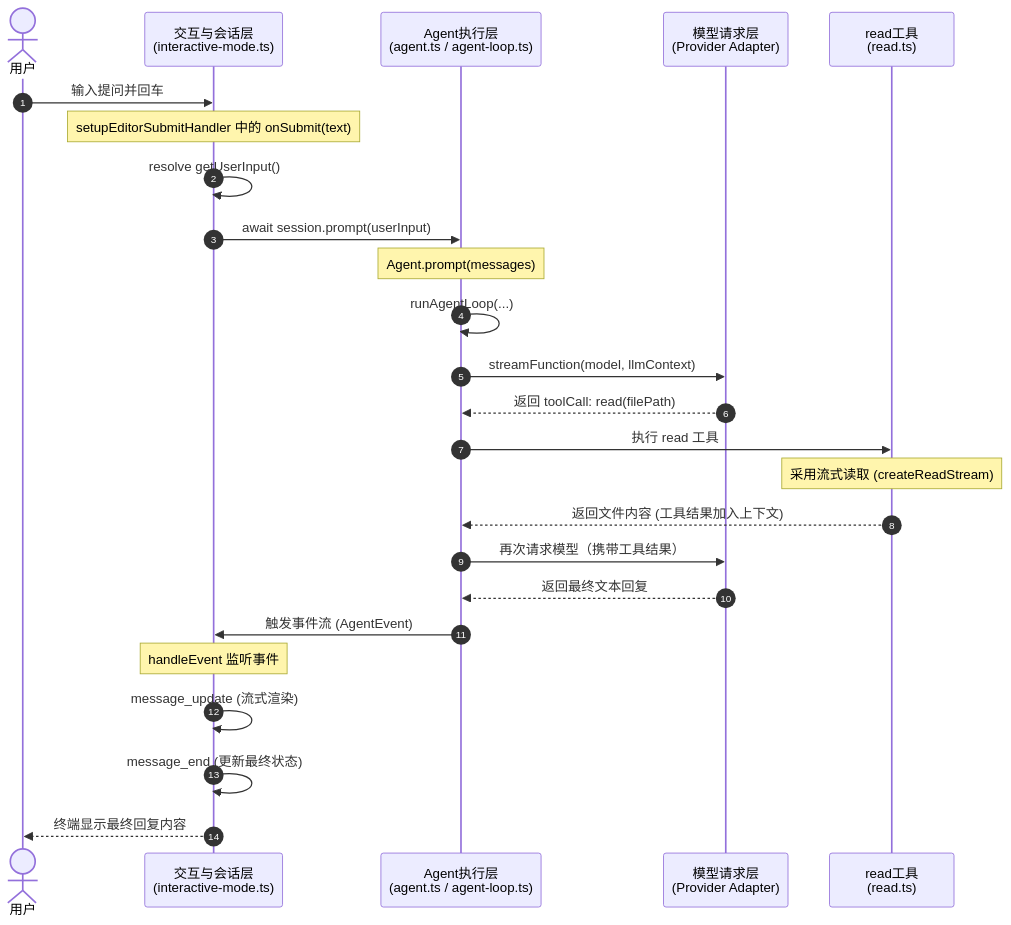
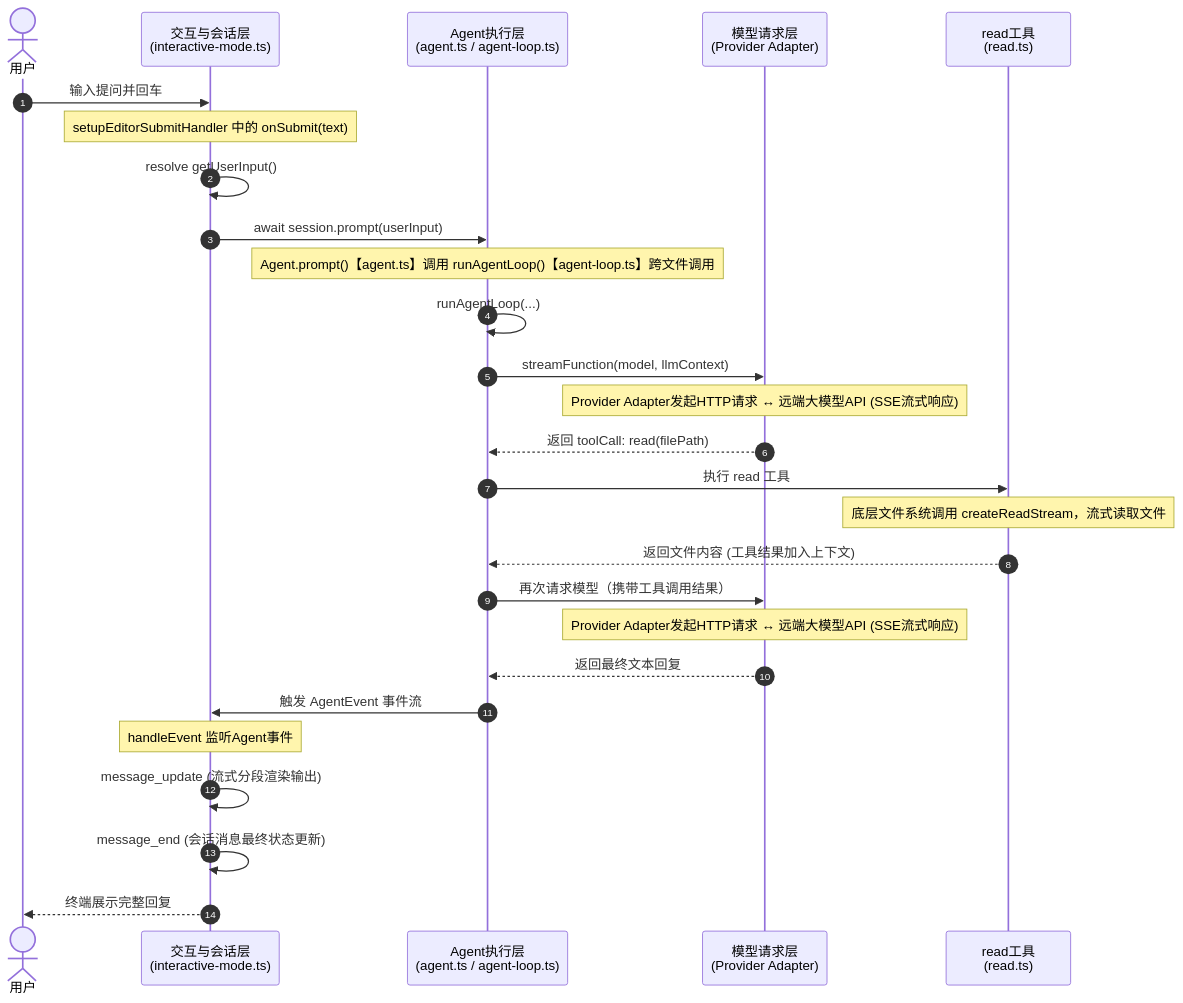
One commit to 7uuu-uuu/pi-agent-assignment changed the first of 2 diagrams in prictice-05/README.md. Above: the diagram before and after it, drawn with Mermaid. The commit also changed other lines of this file, not shown here.

````diff
--- a/prictice-05/README.md
+++ b/prictice-05/README.md
@@ -62,33 +62,35 @@
 ```mermaid
 sequenceDiagram
     autonumber
     actor User as 用户
     participant IM as 交互与会话层<br/>(interactive-mode.ts)
     participant Agent as Agent执行层<br/>(agent.ts / agent-loop.ts)
     participant Model as 模型请求层<br/>(Provider Adapter)
     participant ReadTool as read工具<br/>(read.ts)
 
     User->>IM: 输入提问并回车
     Note over IM: setupEditorSubmitHandler 中的 onSubmit(text)
     IM->>IM: resolve getUserInput()
     IM->>Agent: await session.prompt(userInput)
     
-    Note over Agent: Agent.prompt(messages)
+    Note over Agent: Agent.prompt()【agent.ts】调用 runAgentLoop()【agent-loop.ts】跨文件调用
     Agent->>Agent: runAgentLoop(...)
     
     Agent->>Model: streamFunction(model, llmContext)
+    Note over Model: Provider Adapter发起HTTP请求 ↔ 远端大模型API (SSE流式响应)
     Model-->>Agent: 返回 toolCall: read(filePath)
     
     Agent->>ReadTool: 执行 read 工具
-    Note over ReadTool: 采用流式读取 (createReadStream)
+    Note over ReadTool: 底层文件系统调用 createReadStream，流式读取文件
     ReadTool-->>Agent: 返回文件内容 (工具结果加入上下文)
     
-    Agent->>Model: 再次请求模型（携带工具结果）
+    Agent->>Model: 再次请求模型（携带工具调用结果）
+    Note over Model: Provider Adapter发起HTTP请求 ↔ 远端大模型API (SSE流式响应)
     Model-->>Agent: 返回最终文本回复
     
-    Agent->>IM: 触发事件流 (AgentEvent)
-    Note over IM: handleEvent 监听事件
-    IM->>IM: message_update (流式渲染)
-    IM->>IM: message_end (更新最终状态)
-    IM-->>User: 终端显示最终回复内容
+    Agent->>IM: 触发 AgentEvent 事件流
+    Note over IM: handleEvent 监听Agent事件
+    IM->>IM: message_update (流式分段渲染输出)
+    IM->>IM: message_end (会话消息最终状态更新)
+    IM-->>User: 终端展示完整回复
 ```
````
